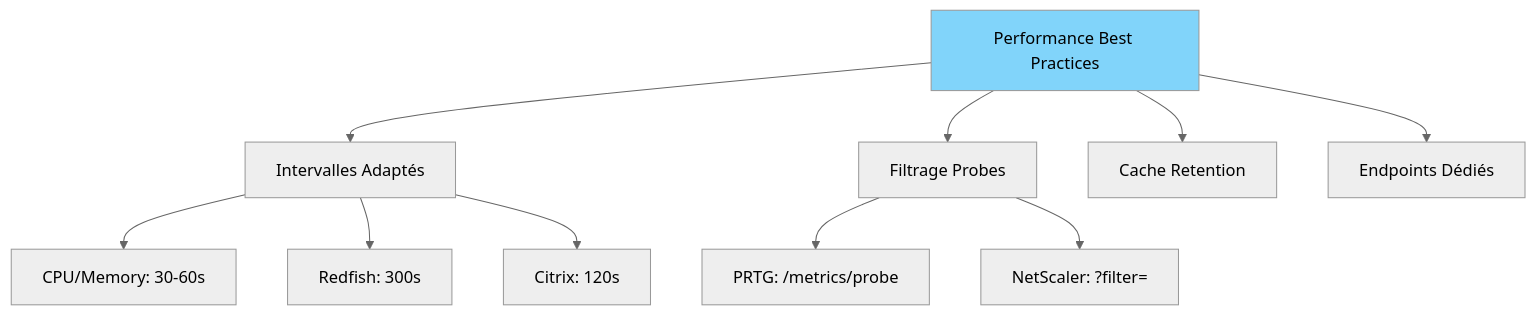
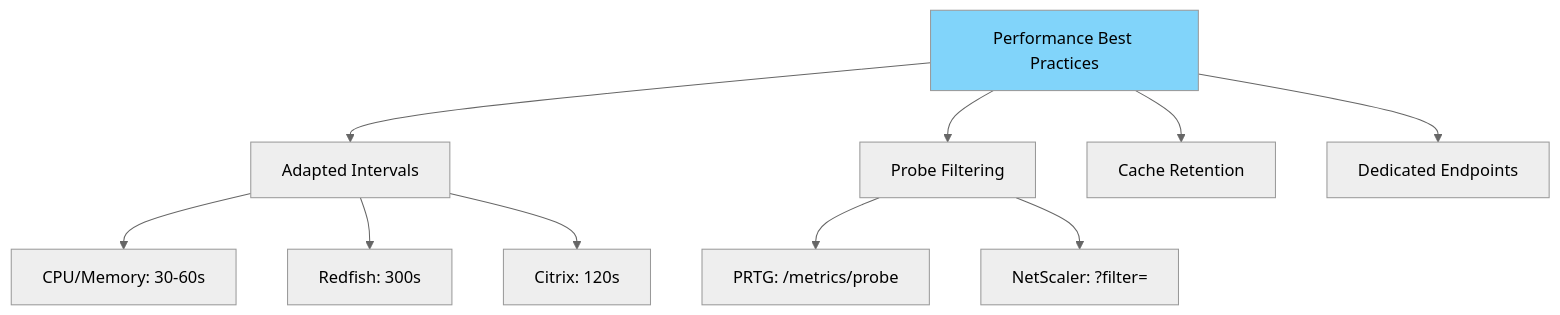
One commit to senhub-io/senhub-agent changed the fifth of 5 diagrams in docs/user-guide/METRICS-USAGE.md. Above: the diagram before and after it, drawn with Mermaid (neutral theme). The commit also changed other lines of this file and 2 other files, not shown here.

````diff
--- a/docs/user-guide/METRICS-USAGE.md
+++ b/docs/user-guide/METRICS-USAGE.md
@@ -969,16 +969,16 @@
 ```mermaid
 graph TD
-    PERF[Performance Best Practices] --> P1[Intervalles Adaptés]
-    PERF --> P2[Filtrage Probes]
+    PERF[Performance Best Practices] --> P1[Adapted Intervals]
+    PERF --> P2[Probe Filtering]
     PERF --> P3[Cache Retention]
-    PERF --> P4[Endpoints Dédiés]
+    PERF --> P4[Dedicated Endpoints]
 
     P1 --> P1A[CPU/Memory: 30-60s]
     P1 --> P1B[Redfish: 300s]
     P1 --> P1C[Citrix: 120s]
 
     P2 --> P2A[PRTG: /metrics/probe]
     P2 --> P2B[NetScaler: ?filter=]
 
     style PERF fill:#81d4fa
 ```
````
